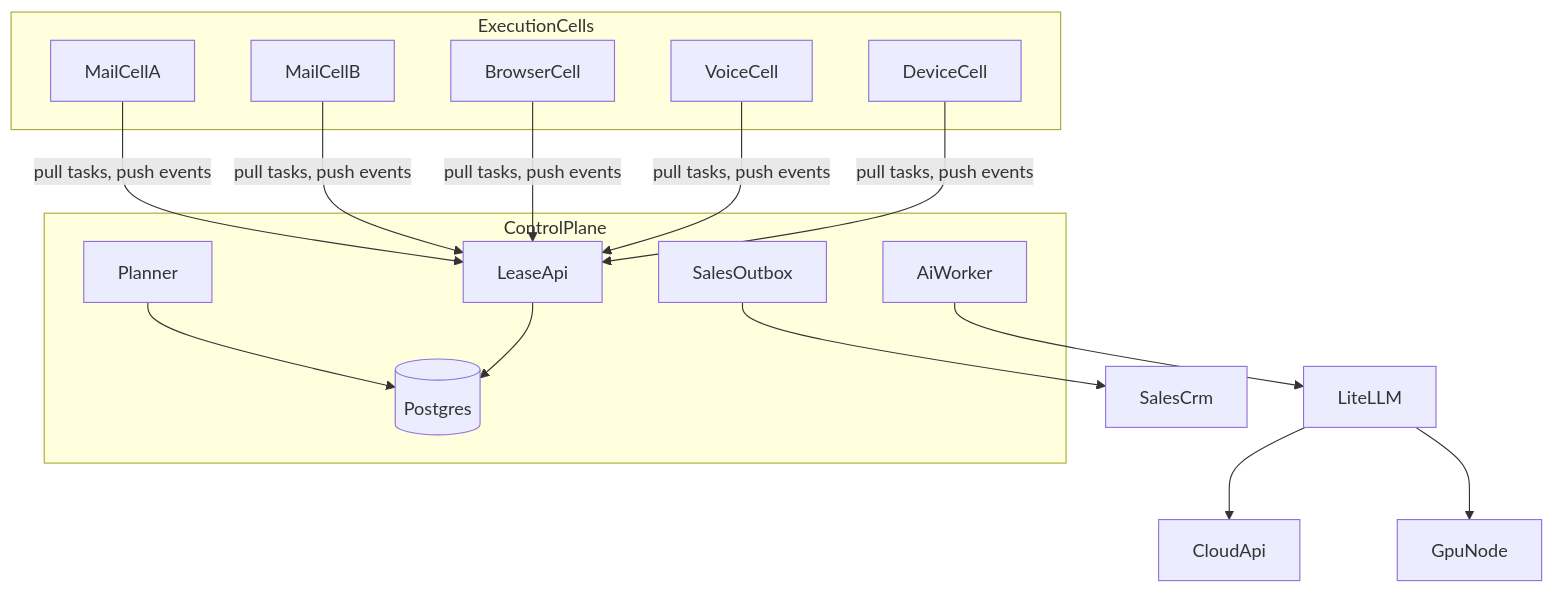
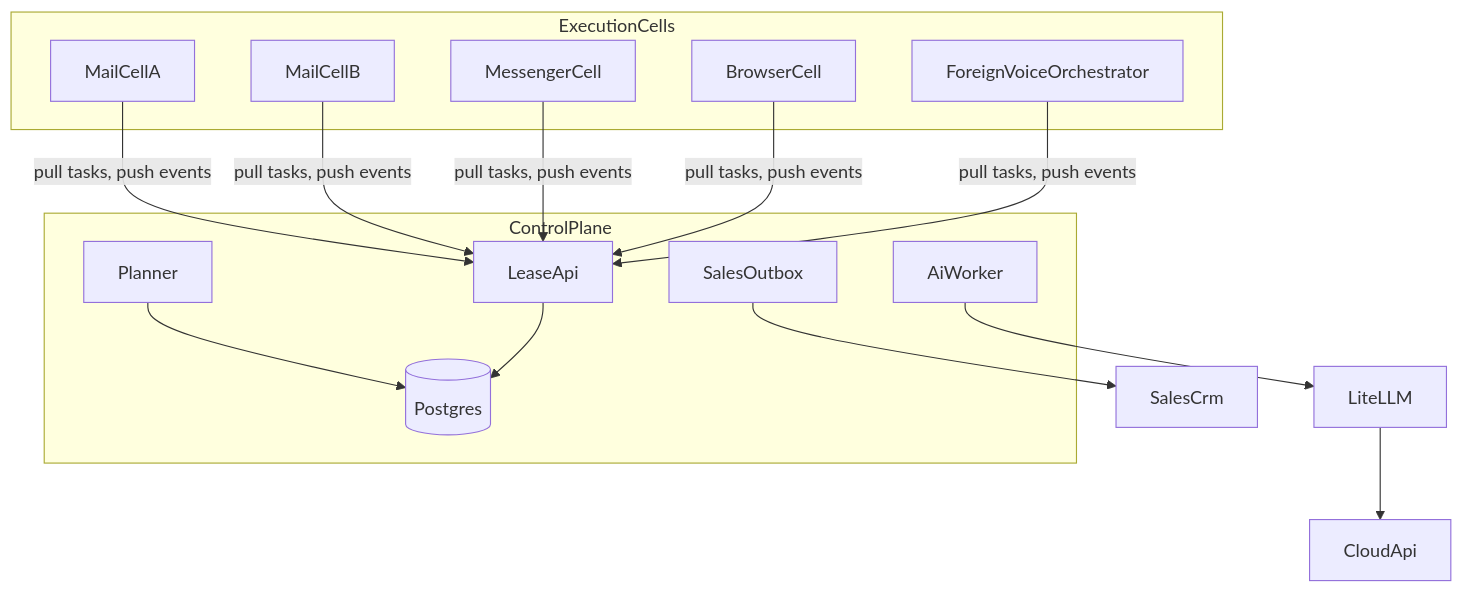
One commit to dnsbutylin/virtual-managers changed the first of 2 diagrams in docs/ARCHITECTURE.md. Above: the diagram before and after it, drawn with Mermaid. The commit also changed other lines of this file and 16 other files, not shown here.

````diff
--- a/docs/ARCHITECTURE.md
+++ b/docs/ARCHITECTURE.md
@@ -15,28 +15,27 @@
 ```mermaid
 flowchart TB
   subgraph control [ControlPlane]
     LeadBase[(Postgres)]
     Planner[Planner]
     LeaseApi[LeaseApi]
     AiWorker[AiWorker]
     Outbox[SalesOutbox]
   end
   subgraph cells [ExecutionCells]
     MailCellA[MailCellA]
     MailCellB[MailCellB]
+    MessengerCell[MessengerCell]
     BrowserCell[BrowserCell]
-    VoiceCell[VoiceCell]
-    DeviceCell[DeviceCell]
+    VoiceCell[ForeignVoiceOrchestrator]
   end
   Planner --> LeadBase
   LeaseApi --> LeadBase
   MailCellA -->|"pull tasks, push events"| LeaseApi
   MailCellB -->|"pull tasks, push events"| LeaseApi
+  MessengerCell -->|"pull tasks, push events"| LeaseApi
   BrowserCell -->|"pull tasks, push events"| LeaseApi
   VoiceCell -->|"pull tasks, push events"| LeaseApi
-  DeviceCell -->|"pull tasks, push events"| LeaseApi
   AiWorker --> LlmGateway[LiteLLM]
   LlmGateway --> CloudApi[CloudApi]
-  LlmGateway --> GpuNode[GpuNode]
   Outbox --> SalesCrm[SalesCrm]
 ```
````
